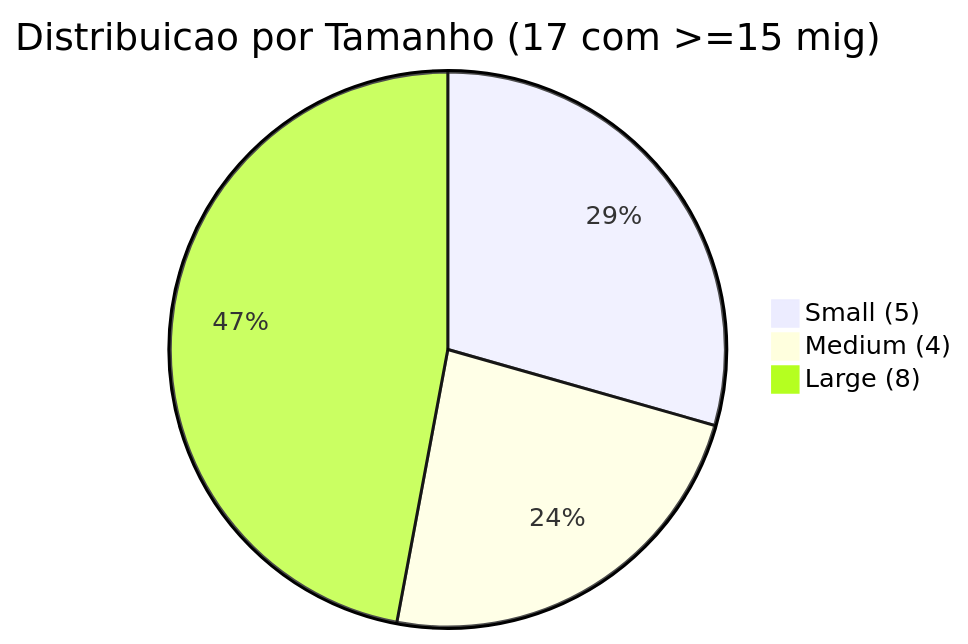
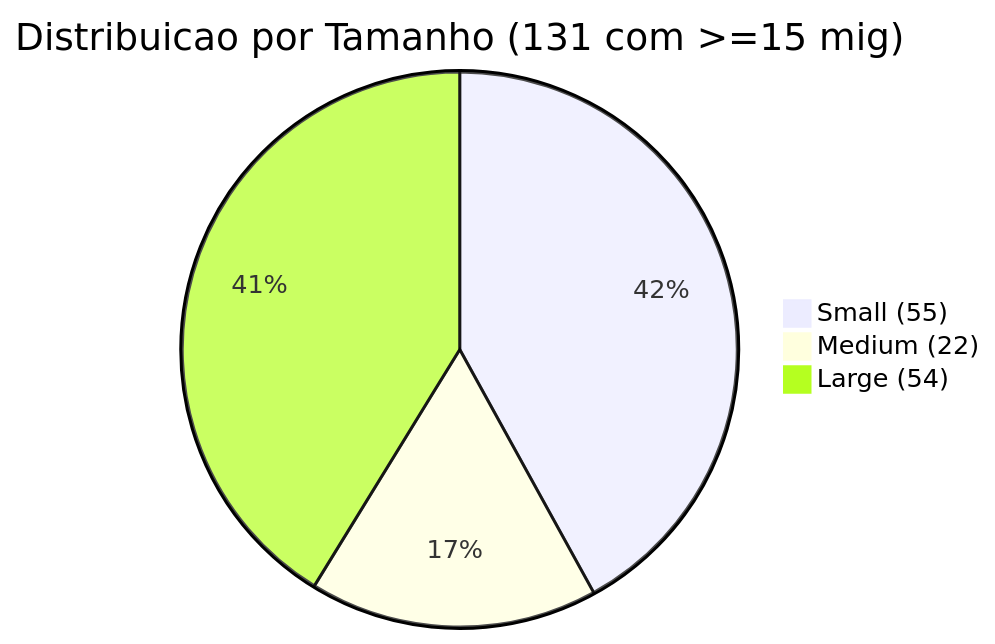
One commit to gabrielrochass/tcc-schema-code-evolution changed the fourth of 6 diagrams in docs/06-selecao-corpus.md. Above: the diagram before and after it, drawn with Mermaid. The commit also changed other lines of this file and 3 other files, not shown here.

````diff
--- a/docs/06-selecao-corpus.md
+++ b/docs/06-selecao-corpus.md
@@ -91,6 +95,6 @@
 ```mermaid
-pie title Distribuicao por Tamanho (17 com >=15 mig)
-    "Small (5)" : 5
-    "Medium (4)" : 4
-    "Large (8)" : 8
+pie title Distribuicao por Tamanho (131 com >=15 mig)
+    "Small (55)" : 55
+    "Medium (22)" : 22
+    "Large (54)" : 54
 ```
````
